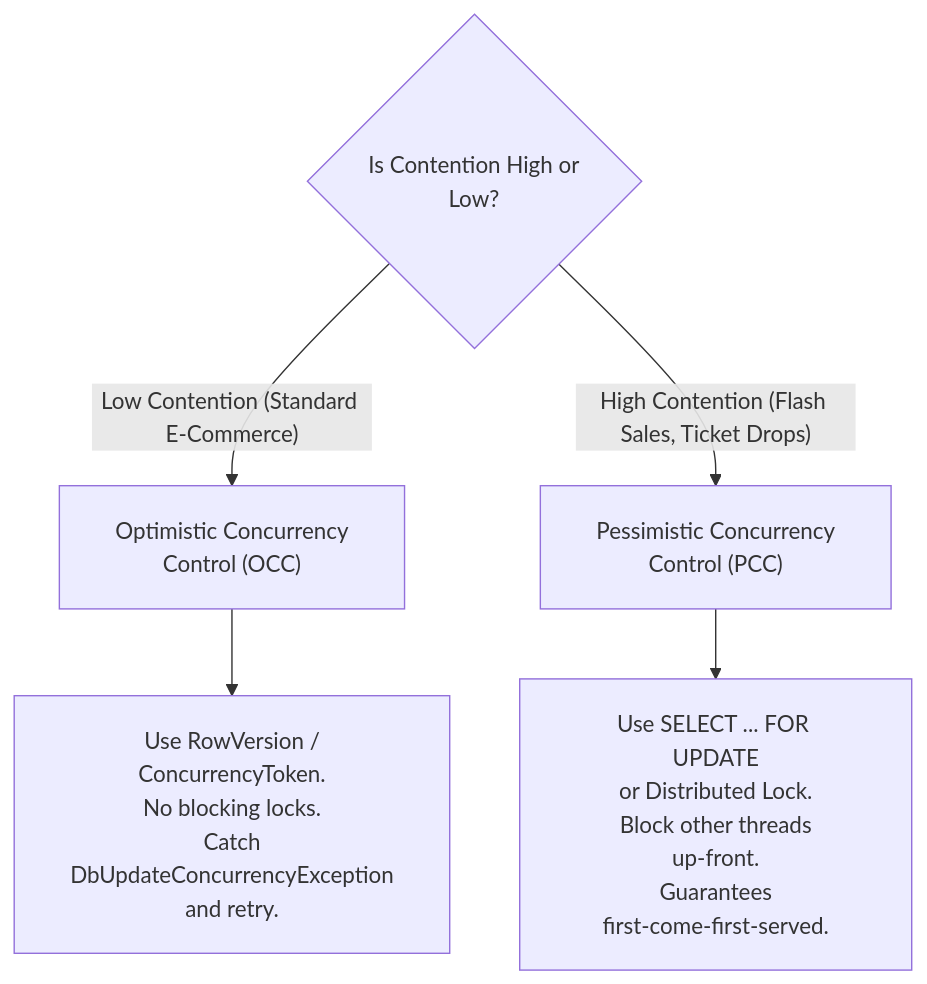
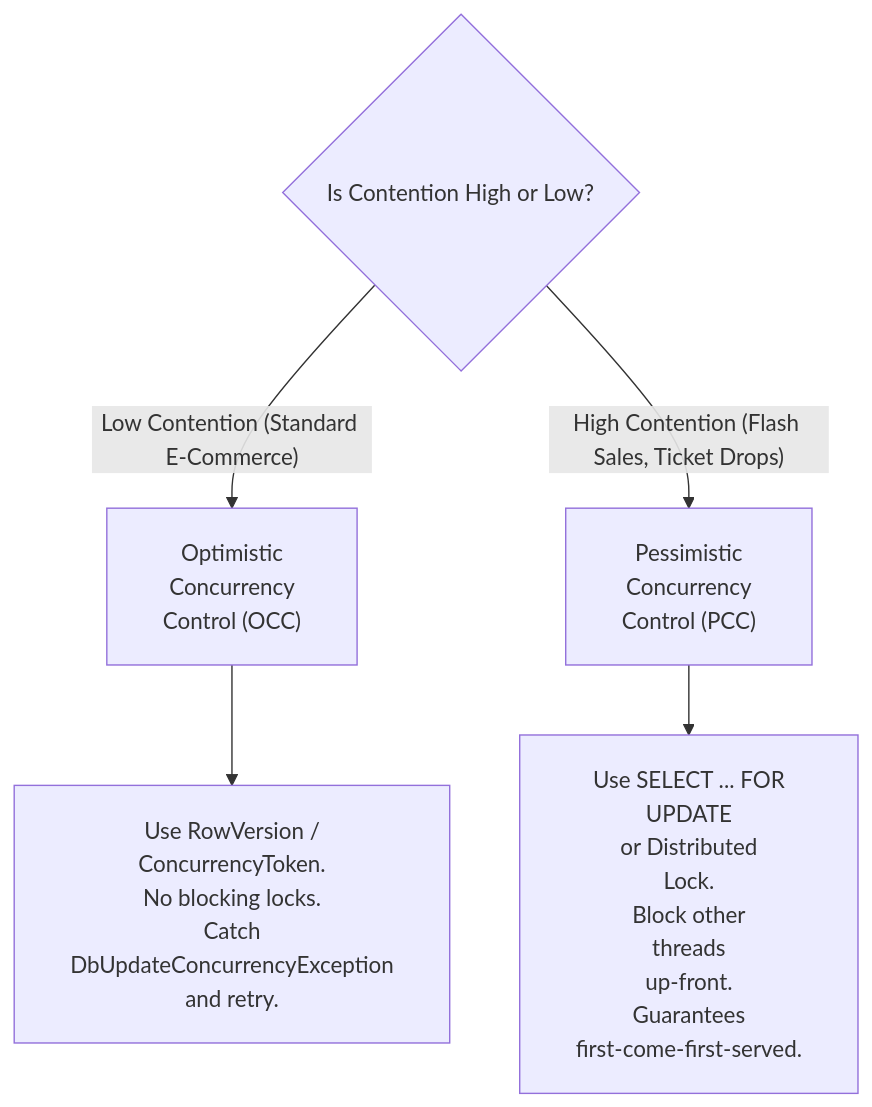
Before and after one commit to dip4k/DSA_102: the diagram in LLD/00_Core_Concepts/07_Concurrency_and_Synchronization_Patterns.md, drawn with Mermaid. The commit also changed 106 other files, not shown here.

First line of the commit message:
fix(mermaid): prevent text clipping with foreignObject overflow and tighter line wrapping

````diff
--- a/LLD/00_Core_Concepts/07_Concurrency_and_Synchronization_Patterns.md
+++ b/LLD/00_Core_Concepts/07_Concurrency_and_Synchronization_Patterns.md
@@ -114,10 +114,10 @@
 ```mermaid
-%%{init: {"flowchart": {"htmlLabels": true, "padding": 20}}}%%
+%%{init: {"flowchart": {"htmlLabels": true, "padding": 20}, "themeCSS": "foreignObject { overflow: visible !important; }"}}%%
 flowchart TD
-    Q{"Is Contention High or<br/>Low?"}
-    Q -->|"Low Contention (Standard E-Commerce)"| OCC["Optimistic Concurrency<br/>Control (OCC)"]
-    Q -->|"High Contention (Flash Sales, Ticket Drops)"| PCC["Pessimistic Concurrency<br/>Control (PCC)"]
+    Q{"Is Contention High or Low?"}
+    Q -->|"Low Contention (Standard E-Commerce)"| OCC["Optimistic<br/>Concurrency<br/>Control (OCC)"]
+    Q -->|"High Contention (Flash Sales, Ticket Drops)"| PCC["Pessimistic<br/>Concurrency<br/>Control (PCC)"]
 
     OCC --> OCC_Details["Use RowVersion /<br/>ConcurrencyToken.<br/>No blocking locks.<br/>Catch<br/>DbUpdateConcurrencyException<br/>and retry."]
-    PCC --> PCC_Details["Use SELECT ... FOR UPDATE<br/>or Distributed Lock.<br/>Block other threads<br/>up-front.<br/>Guarantees<br/>first-come-first-served."]
+    PCC --> PCC_Details["Use SELECT ... FOR<br/>UPDATE<br/>or Distributed<br/>Lock.<br/>Block other<br/>threads<br/>up-front.<br/>Guarantees<br/>first-come-first-served."]
 ```
````
